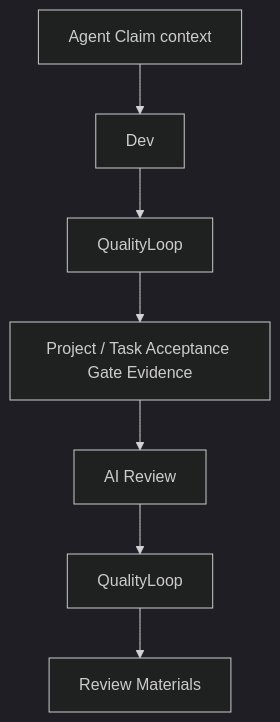
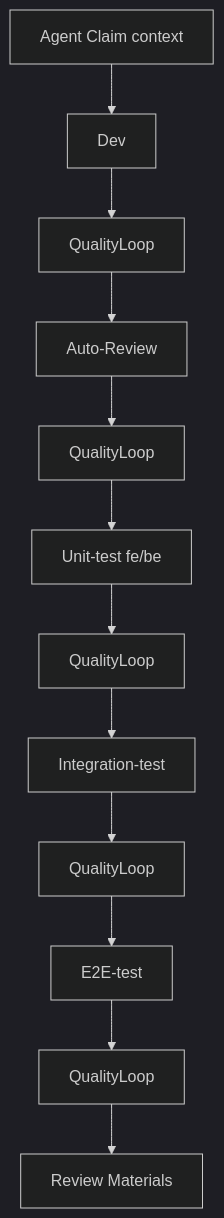
The seventh of 10 diagrams in docs/grimo/references/grimo-agent-workflow-definition.md (samzhu/grimoAPP), drawn with Mermaid (dark theme) before and after one commit. The commit also changed other lines of this file and 26 other files, not shown here.

````diff
--- a/docs/grimo/references/grimo-agent-workflow-definition.md
+++ b/docs/grimo/references/grimo-agent-workflow-definition.md
@@ -265,9 +269,14 @@
 ```mermaid
 flowchart TD
   Claim["Agent Claim context"] --> Dev["Dev"]
   Dev --> DevQL["QualityLoop"]
-  DevQL --> Verify["Project / Task Acceptance Gate Evidence"]
-  Verify --> AIReview["AI Review"]
-  AIReview --> ReviewQL["QualityLoop"]
-  ReviewQL --> Materials["Review Materials"]
+  DevQL --> AutoReview["Auto-Review"]
+  AutoReview --> ReviewQL["QualityLoop"]
+  ReviewQL --> Unit["Unit-test fe/be"]
+  Unit --> UnitQL["QualityLoop"]
+  UnitQL --> Integration["Integration-test"]
+  Integration --> IntegrationQL["QualityLoop"]
+  IntegrationQL --> E2E["E2E-test"]
+  E2E --> E2EQL["QualityLoop"]
+  E2EQL --> Materials["Review Materials"]
 ```
````
